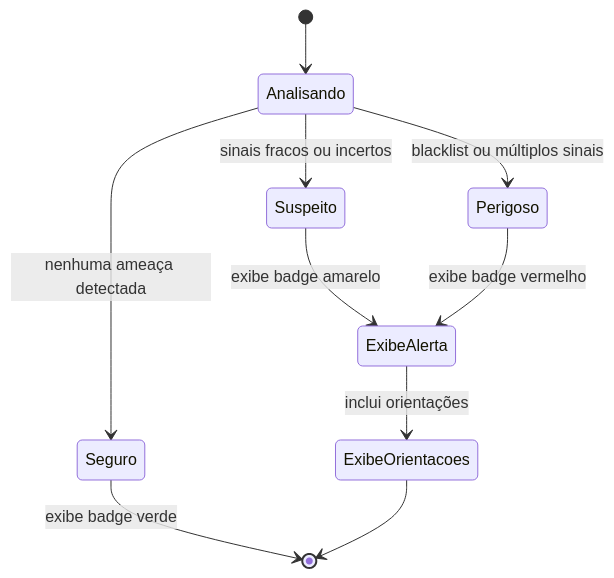
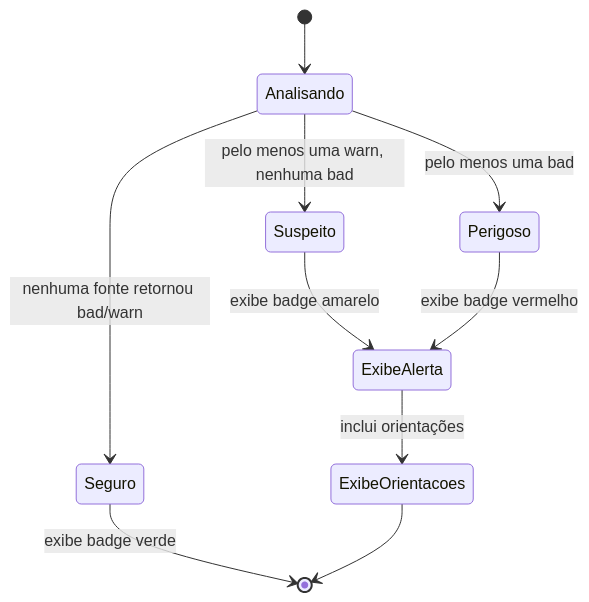
The fifth of 6 diagrams in docs/casos-de-uso.md (LeoGotardo/phising), drawn with Mermaid before and after one commit. The commit also changed other lines of this file and 4 other files, not shown here.

````diff
--- a/docs/casos-de-uso.md
+++ b/docs/casos-de-uso.md
@@ -125,15 +117,15 @@
 ```mermaid
 stateDiagram-v2
     [*] --> Analisando
 
-    Analisando --> Seguro : nenhuma ameaça detectada
-    Analisando --> Suspeito : sinais fracos ou incertos
-    Analisando --> Perigoso : blacklist ou múltiplos sinais
+    Analisando --> Seguro : nenhuma fonte retornou bad/warn
+    Analisando --> Suspeito : pelo menos uma warn, nenhuma bad
+    Analisando --> Perigoso : pelo menos uma bad
 
     Seguro --> [*] : exibe badge verde
     Suspeito --> ExibeAlerta : exibe badge amarelo
     Perigoso --> ExibeAlerta : exibe badge vermelho
 
     ExibeAlerta --> ExibeOrientacoes : inclui orientações
     ExibeOrientacoes --> [*]
 ```
````
